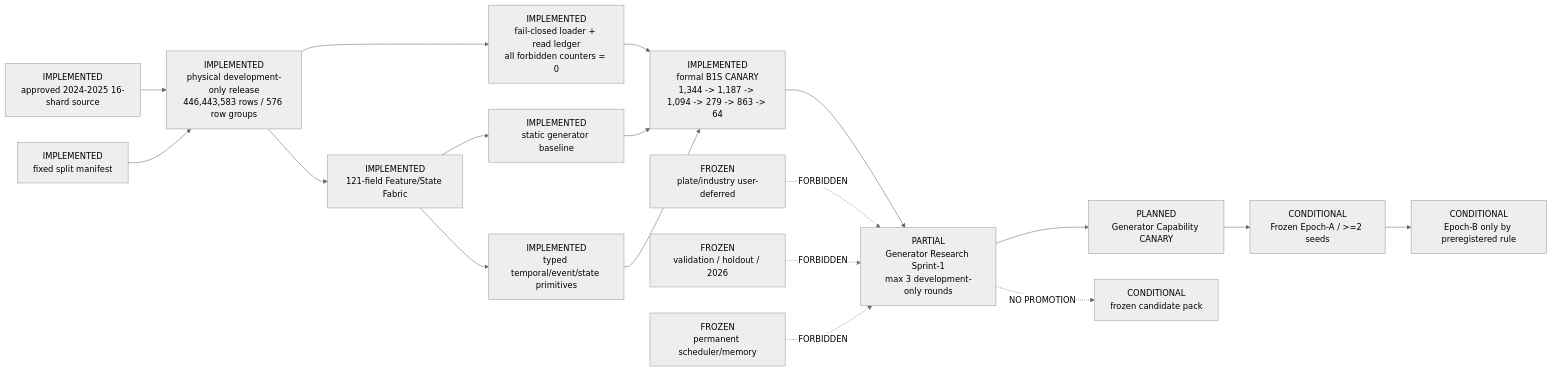
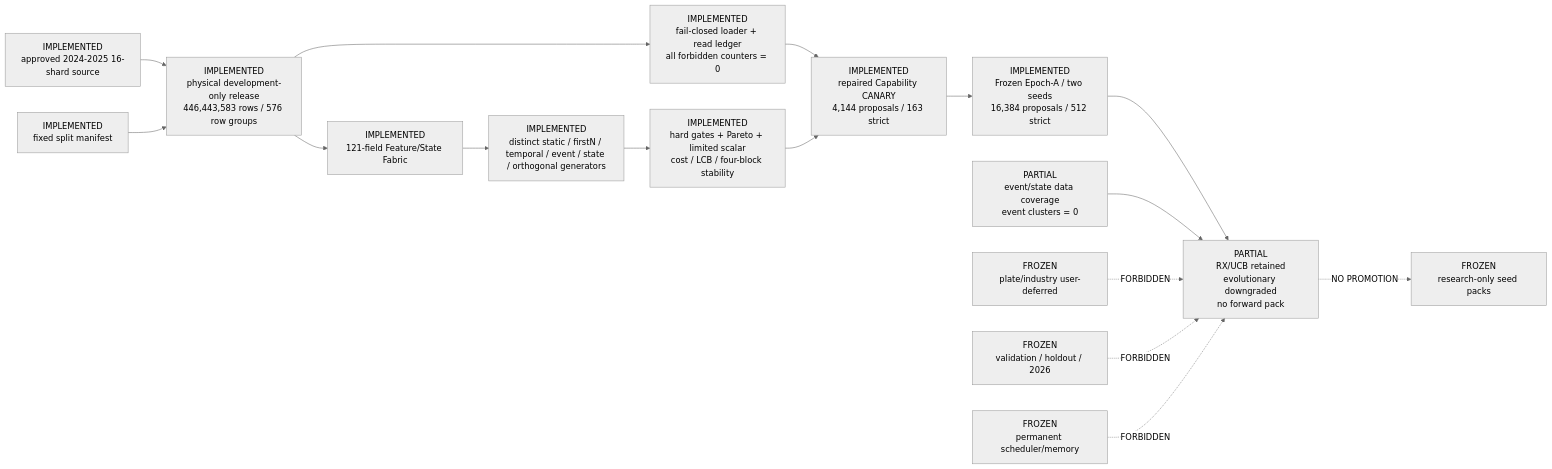
The diagram in .planning/graphs/CURRENT_ARCHITECTURE.md (weisssschnee/alpha-pit-engine-v2), drawn with Mermaid (neutral theme) before and after one commit. The commit also changed other lines of this file and 9 other files, not shown here.

Commit message:
Close CN Generator Research Sprint-1

````diff
--- a/.planning/graphs/CURRENT_ARCHITECTURE.md
+++ b/.planning/graphs/CURRENT_ARCHITECTURE.md
@@ -14,22 +14,19 @@
 ```mermaid
 flowchart LR
     SRC["IMPLEMENTED<br/>approved 2024-2025 16-shard source"] --> DEV["IMPLEMENTED<br/>physical development-only release<br/>446,443,583 rows / 576 row groups"]
     SPLIT["IMPLEMENTED<br/>fixed split manifest"] --> DEV
     DEV --> LEDGER["IMPLEMENTED<br/>fail-closed loader + read ledger<br/>all forbidden counters = 0"]
     DEV --> FABRIC["IMPLEMENTED<br/>121-field Feature/State Fabric"]
-    LEDGER --> CANARY["IMPLEMENTED<br/>formal B1S CANARY<br/>1,344 -> 1,187 -> 1,094 -> 279 -> 863 -> 64"]
-    FABRIC --> STATIC["IMPLEMENTED<br/>static generator baseline"]
-    FABRIC --> TEMP["IMPLEMENTED<br/>typed temporal/event/state primitives"]
-    STATIC --> CANARY
-    TEMP --> CANARY
-    CANARY --> SPRINT["PARTIAL<br/>Generator Research Sprint-1<br/>max 3 development-only rounds"]
+    FABRIC --> GEN["IMPLEMENTED<br/>distinct static / firstN / temporal / event / state / orthogonal generators"]
+    GEN --> OBJ["IMPLEMENTED<br/>hard gates + Pareto + limited scalar<br/>cost / LCB / four-block stability"]
+    LEDGER --> CAP["IMPLEMENTED<br/>repaired Capability CANARY<br/>4,144 proposals / 163 strict"]
+    OBJ --> CAP
+    CAP --> EPOCHA["IMPLEMENTED<br/>Frozen Epoch-A / two seeds<br/>16,384 proposals / 512 strict"]
+    EPOCHA --> RESULT["PARTIAL<br/>RX/UCB retained<br/>evolutionary downgraded<br/>no forward pack"]
 
-    SPRINT --> CAP["PLANNED<br/>Generator Capability CANARY"]
-    CAP --> EPOCHA["CONDITIONAL<br/>Frozen Epoch-A / >=2 seeds"]
-    EPOCHA --> EPOCHB["CONDITIONAL<br/>Epoch-B only by preregistered rule"]
-
-    PLATE["FROZEN<br/>plate/industry user-deferred"] -. "FORBIDDEN" .-> SPRINT
-    FWD["FROZEN<br/>validation / holdout / 2026"] -. "FORBIDDEN" .-> SPRINT
-    MEMORY["FROZEN<br/>permanent scheduler/memory"] -. "FORBIDDEN" .-> SPRINT
-    SPRINT -. "NO PROMOTION" .-> PACK["CONDITIONAL<br/>frozen candidate pack"]
+    EVENT["PARTIAL<br/>event/state data coverage<br/>event clusters = 0"] --> RESULT
+    PLATE["FROZEN<br/>plate/industry user-deferred"] -. "FORBIDDEN" .-> RESULT
+    FWD["FROZEN<br/>validation / holdout / 2026"] -. "FORBIDDEN" .-> RESULT
+    MEMORY["FROZEN<br/>permanent scheduler/memory"] -. "FORBIDDEN" .-> RESULT
+    RESULT -. "NO PROMOTION" .-> PACK["FROZEN<br/>research-only seed packs"]
 ```
````
